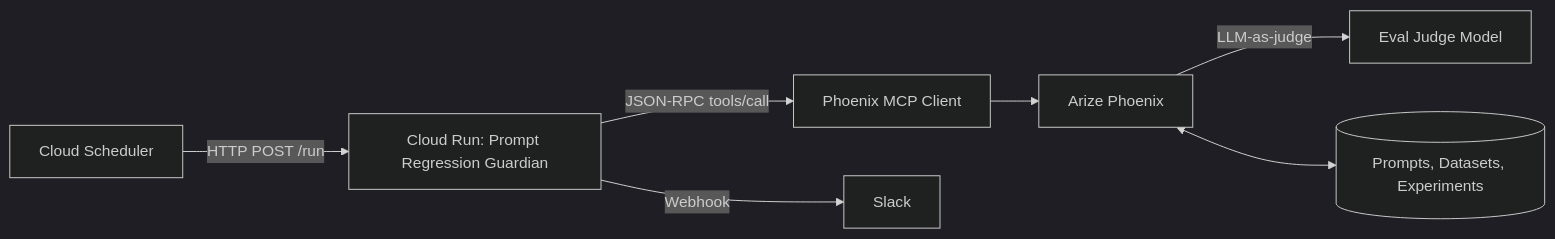
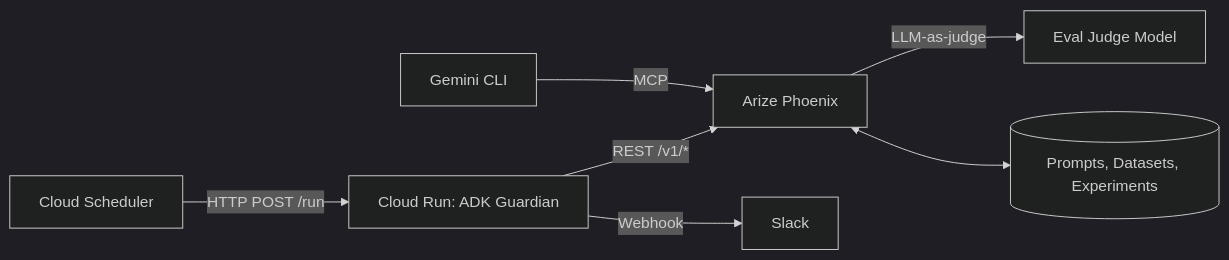
Before and after one commit to Shubhojit-17/PRG: the first of 2 diagrams in README.md, drawn with Mermaid (dark theme). The commit also changed other lines of this file and 13 other files, not shown here.

````diff
--- a/README.md
+++ b/README.md
@@ -41,9 +42,9 @@
 ```mermaid
 flowchart LR
-  Scheduler[Cloud Scheduler] -->|HTTP POST /run| Service[Cloud Run: Prompt Regression Guardian]
-  Service -->|JSON-RPC tools/call| MCP[Phoenix MCP Client]
-  MCP --> Phoenix[Arize Phoenix]
+  Scheduler[Cloud Scheduler] -->|HTTP POST /run| Service[Cloud Run: ADK Guardian]
+  Service -->|REST /v1/*| Phoenix[Arize Phoenix]
   Phoenix -->|LLM-as-judge| Judge[Eval Judge Model]
   Service -->|Webhook| Slack[Slack]
   Phoenix <--> Store[(Prompts, Datasets, Experiments)]
+  GeminiCLI[Gemini CLI] -->|MCP| Phoenix
 ```
````
